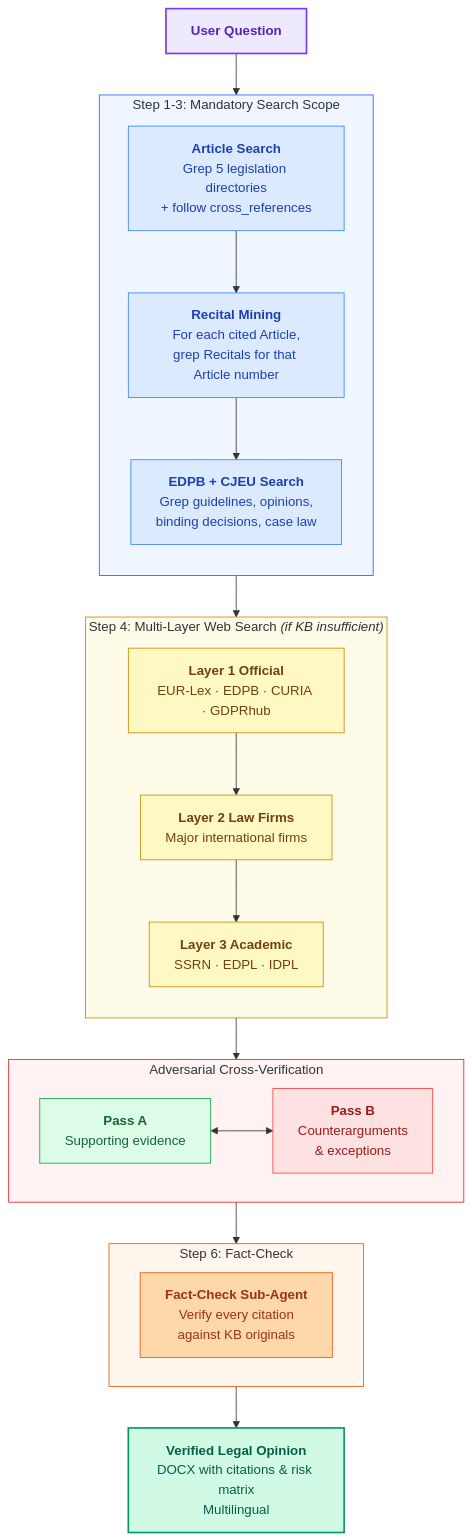
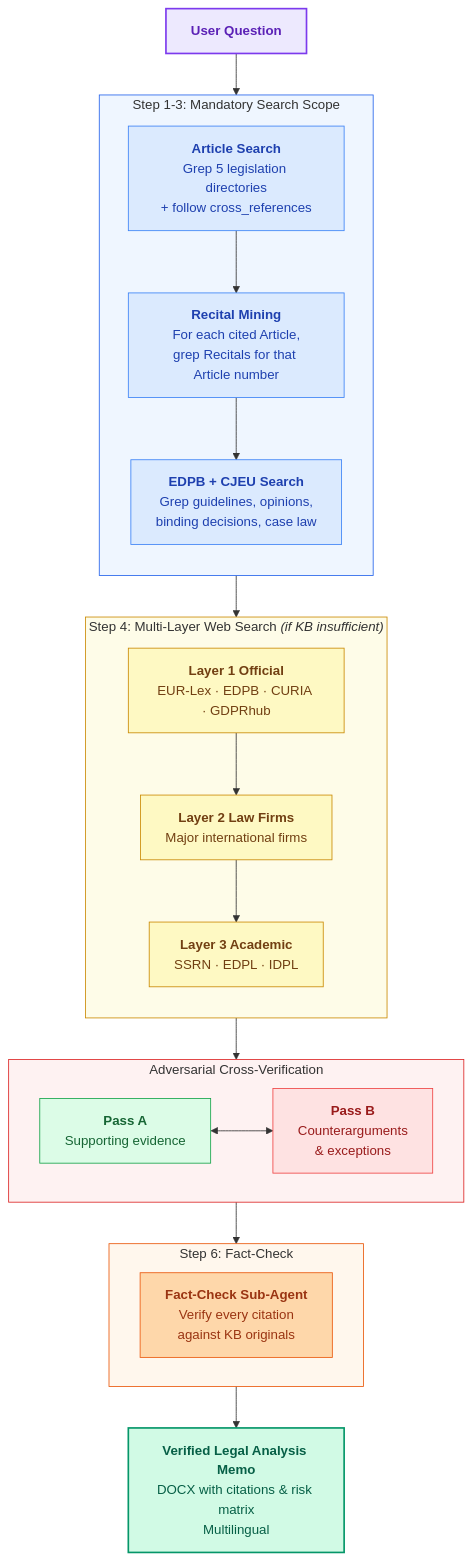
The third of 3 diagrams in README.md (lowtidebuild/GDPR-expert), drawn with Mermaid before and after one commit. The commit also changed other lines of this file and 11 other files, not shown here.

````diff
--- a/README.md
+++ b/README.md
@@ -282,55 +282,55 @@
 ```mermaid
 flowchart TD
     Q["<b>User Question</b>"]
 
     subgraph kb["Step 1-3: Mandatory Search Scope"]
         direction TB
         S1["<b>Article Search</b><br/>Grep 5 legislation directories<br/>+ follow cross_references"]
         S2["<b>Recital Mining</b><br/>For each cited Article,<br/>grep Recitals for that Article number"]
         S3["<b>EDPB + CJEU Search</b><br/>Grep guidelines, opinions,<br/>binding decisions, case law"]
         S1 --> S2 --> S3
     end
 
     subgraph web["Step 4: Multi-Layer Web Search <i>(if KB insufficient)</i>"]
         direction TB
         L1["<b>Layer 1 Official</b><br/>EUR-Lex · EDPB · CURIA · GDPRhub"]
         L2["<b>Layer 2 Law Firms</b><br/>Major international firms"]
         L3["<b>Layer 3 Academic</b><br/>SSRN · EDPL · IDPL"]
         L1 --> L2 --> L3
     end
 
     subgraph verify["Adversarial Cross-Verification"]
         direction LR
         PA["<b>Pass A</b><br/>Supporting evidence"]
         PB["<b>Pass B</b><br/>Counterarguments<br/>& exceptions"]
         PA <--> PB
     end
 
     subgraph fc["Step 6: Fact-Check"]
         FC["<b>Fact-Check Sub-Agent</b><br/>Verify every citation<br/>against KB originals"]
     end
 
-    O["<b>Verified Legal Opinion</b><br/>DOCX with citations & risk matrix<br/>Multilingual"]
+    O["<b>Verified Legal Analysis Memo</b><br/>DOCX with citations & risk matrix<br/>Multilingual"]
 
     Q --> kb
     kb --> web
     web --> verify
     verify --> fc
     fc --> O
 
     style Q fill:#ede9fe,stroke:#7c3aed,stroke-width:2px,color:#5b21b6
     style kb fill:#eff6ff,stroke:#2563eb,stroke-width:1px
     style web fill:#fefce8,stroke:#ca8a04,stroke-width:1px
     style verify fill:#fef2f2,stroke:#dc2626,stroke-width:1px
     style fc fill:#fff7ed,stroke:#ea580c,stroke-width:1px
     style FC fill:#fed7aa,stroke:#ea580c,color:#9a3412
     style O fill:#d1fae5,stroke:#059669,stroke-width:2px,color:#065f46
     style S1 fill:#dbeafe,stroke:#3b82f6,color:#1e40af
     style S2 fill:#dbeafe,stroke:#3b82f6,color:#1e40af
     style S3 fill:#dbeafe,stroke:#3b82f6,color:#1e40af
     style L1 fill:#fef9c3,stroke:#ca8a04,color:#713f12
     style L2 fill:#fef9c3,stroke:#ca8a04,color:#713f12
     style L3 fill:#fef9c3,stroke:#ca8a04,color:#713f12
     style PA fill:#dcfce7,stroke:#16a34a,color:#166534
     style PB fill:#fee2e2,stroke:#ef4444,color:#991b1b
 ```
````
